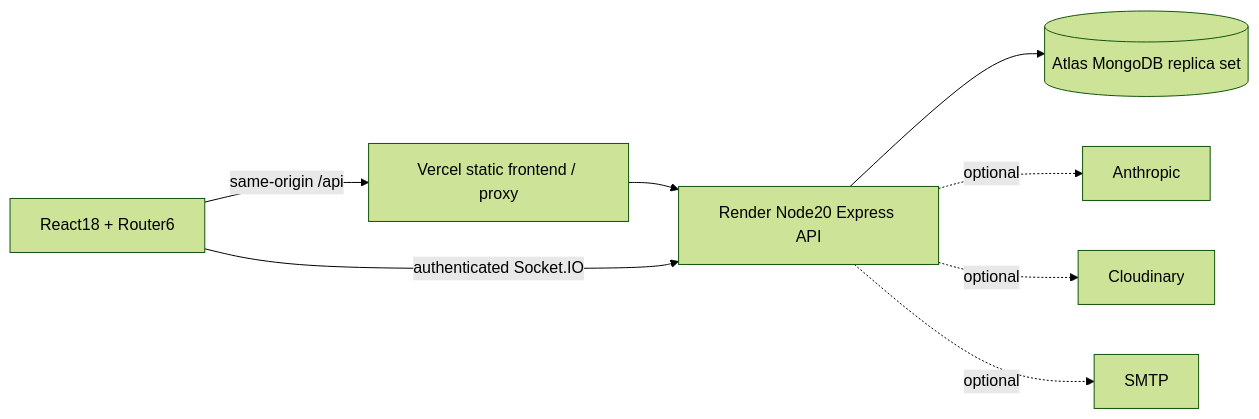
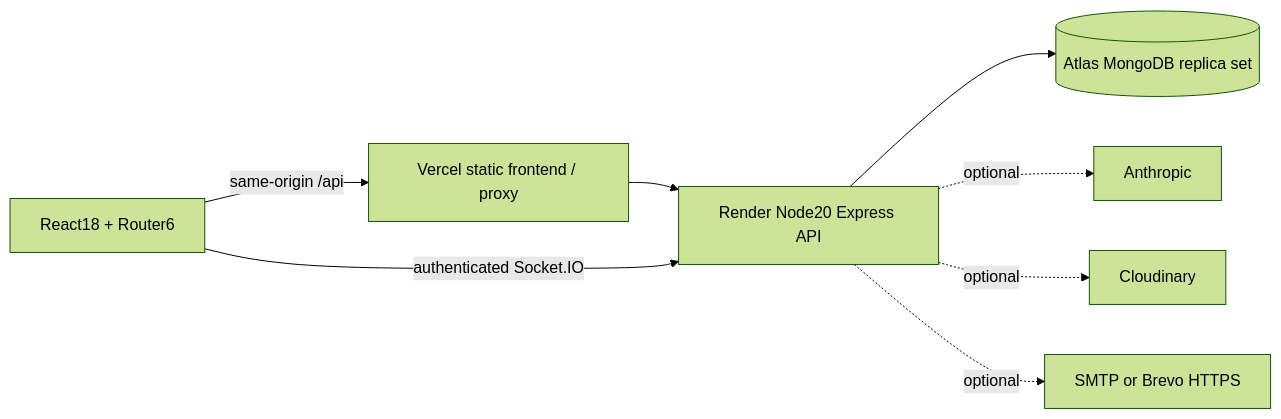
Before and after one commit to chethan-r30/replate-ai: the diagram in README.md, drawn with Mermaid (forest theme). The commit also changed other lines of this file, not shown here.

Commit message:
docs: distinguish live Groq from pending storage and email verification

````diff
--- a/README.md
+++ b/README.md
@@ -27,10 +27,10 @@
 ```mermaid
 flowchart LR
   Browser[React18 + Router6] -->|same-origin /api| Vercel[Vercel static frontend / proxy]
   Vercel --> API[Render Node20 Express API]
   Browser -->|authenticated Socket.IO| API
   API --> DB[(Atlas MongoDB replica set)]
   API -. optional .-> Claude[Anthropic]
   API -. optional .-> Images[Cloudinary]
-  API -. optional .-> Email[SMTP]
+  API -. optional .-> Email[SMTP or Brevo HTTPS]
 ```
````
